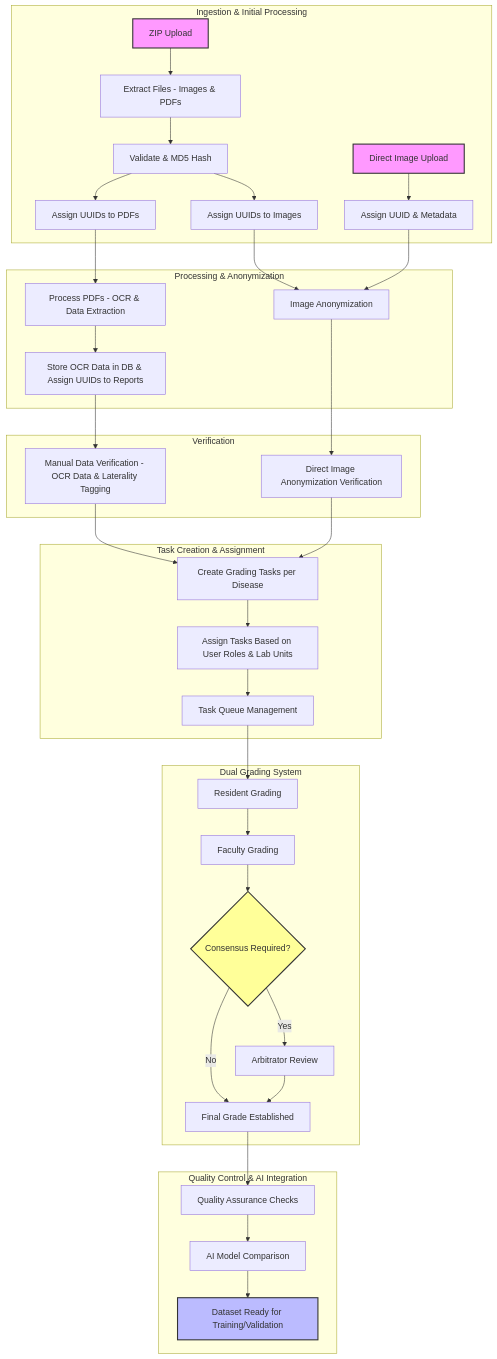
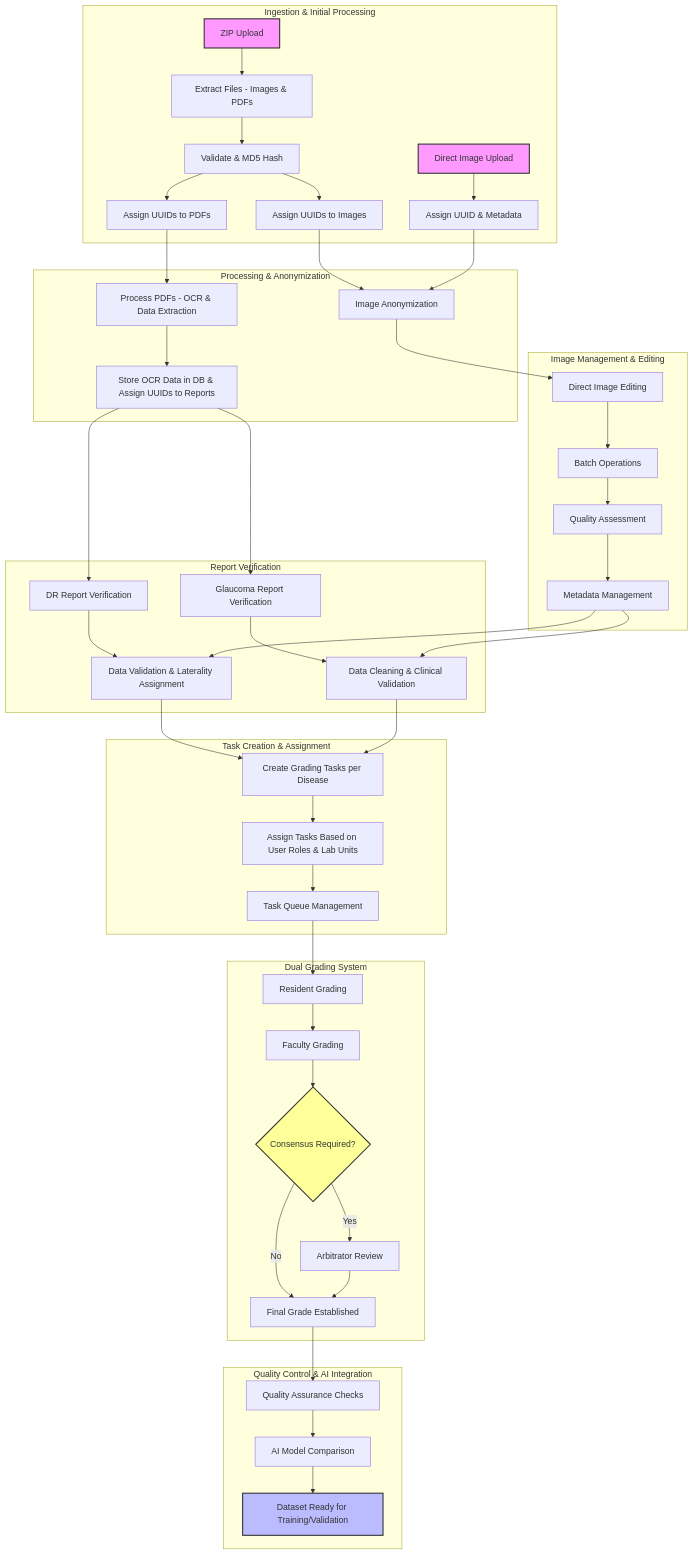
Before and after one commit to drguptavivek/fundus_img_xtract: the diagram in README.md, drawn with Mermaid. The commit also changed other lines of this file and 1 other file, not shown here.

Commit message:
Enhanced README.

````diff
--- a/README.md
+++ b/README.md
@@ -124,51 +134,62 @@
 ```mermaid
 flowchart TD
     subgraph Ingestion & Initial Processing
         A[ZIP Upload] --> B[Extract Files - Images & PDFs];
         B --> C[Validate & MD5 Hash];
         C --> D1[Assign UUIDs to Images];
         C --> D2[Assign UUIDs to PDFs];
 
         E[Direct Image Upload] --> F[Assign UUID & Metadata];
     end
 
     subgraph Processing & Anonymization
         D1 --> G[Image Anonymization];
         F --> G;
 
         D2 --> H[Process PDFs - OCR & Data Extraction];
         H --> I[Store OCR Data in DB & Assign UUIDs to Reports];
     end
 
-    subgraph Verification
-        I --> J[Manual Data Verification - OCR Data & Laterality Tagging];
-        G --> K[Direct Image Anonymization Verification];
+    subgraph Image Management & Editing
+        G --> J1[Direct Image Editing];
+        J1 --> J2[Batch Operations];
+        J2 --> J3[Quality Assessment];
+        J3 --> J4[Metadata Management];
+    end
+
+    subgraph Report Verification
+        I --> K1[DR Report Verification];
+        I --> K2[Glaucoma Report Verification];
+        K1 --> K3[Data Validation & Laterality Assignment];
+        K2 --> K4[Data Cleaning & Clinical Validation];
+        J4 --> K3;
+        J4 --> K4;
     end
 
     subgraph Task Creation & Assignment
-        J --> L[Create Grading Tasks per Disease];
-        K --> L;
+        K3 --> L[Create Grading Tasks per Disease];
+        K4 --> L;
         L --> M[Assign Tasks Based on User Roles & Lab Units];
         M --> N[Task Queue Management];
     end
 
     subgraph Dual Grading System
         N --> O[Resident Grading];
         O --> P[Faculty Grading];
         P --> Q{Consensus Required?};
         Q -->|Yes| R[Arbitrator Review];
         Q -->|No| S[Final Grade Established];
         R --> S;
     end
 
     subgraph Quality Control & AI Integration
         S --> T[Quality Assurance Checks];
         T --> U[AI Model Comparison];
         U --> V[Dataset Ready for Training/Validation];
     end
 
     style A fill:#f9f,stroke:#333,stroke-width:2px;
     style E fill:#f9f,stroke:#333,stroke-width:2px;
     style V fill:#bbf,stroke:#333,stroke-width:2px;
     style Q fill:#ff9,stroke:#333,stroke-width:2px;
 ```
````
